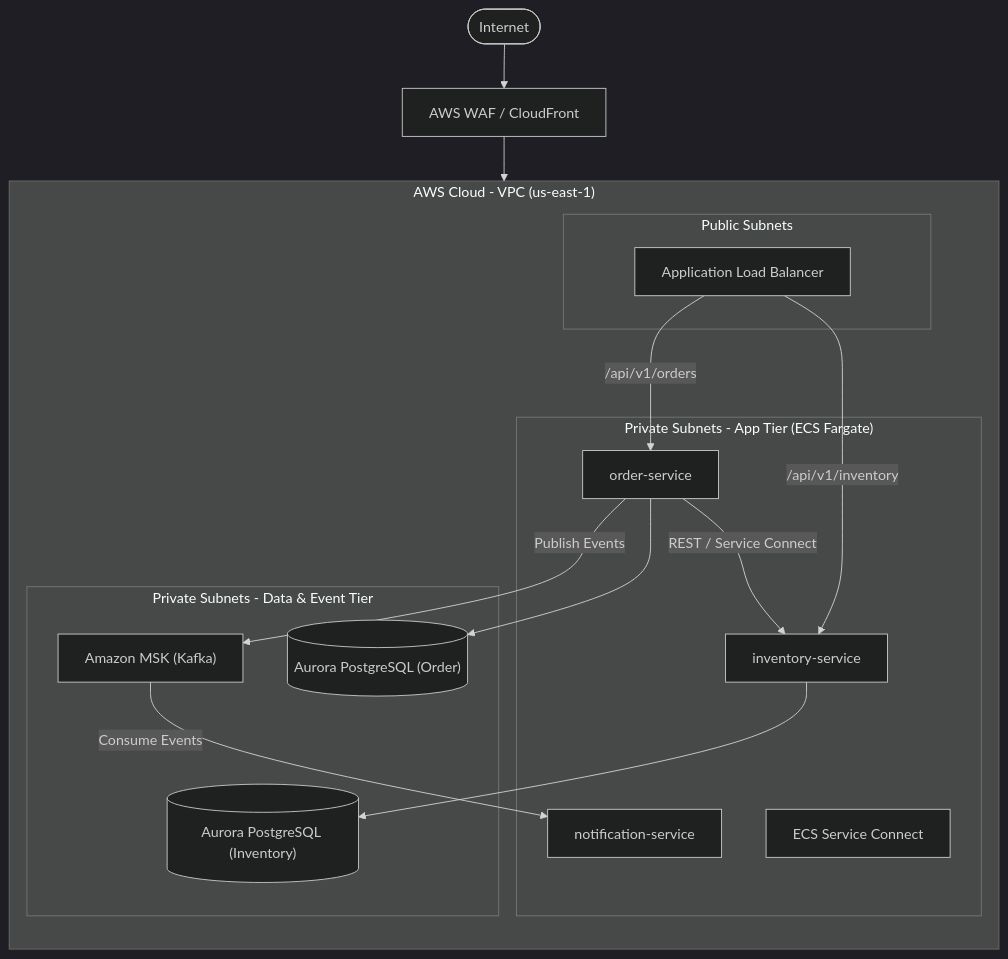
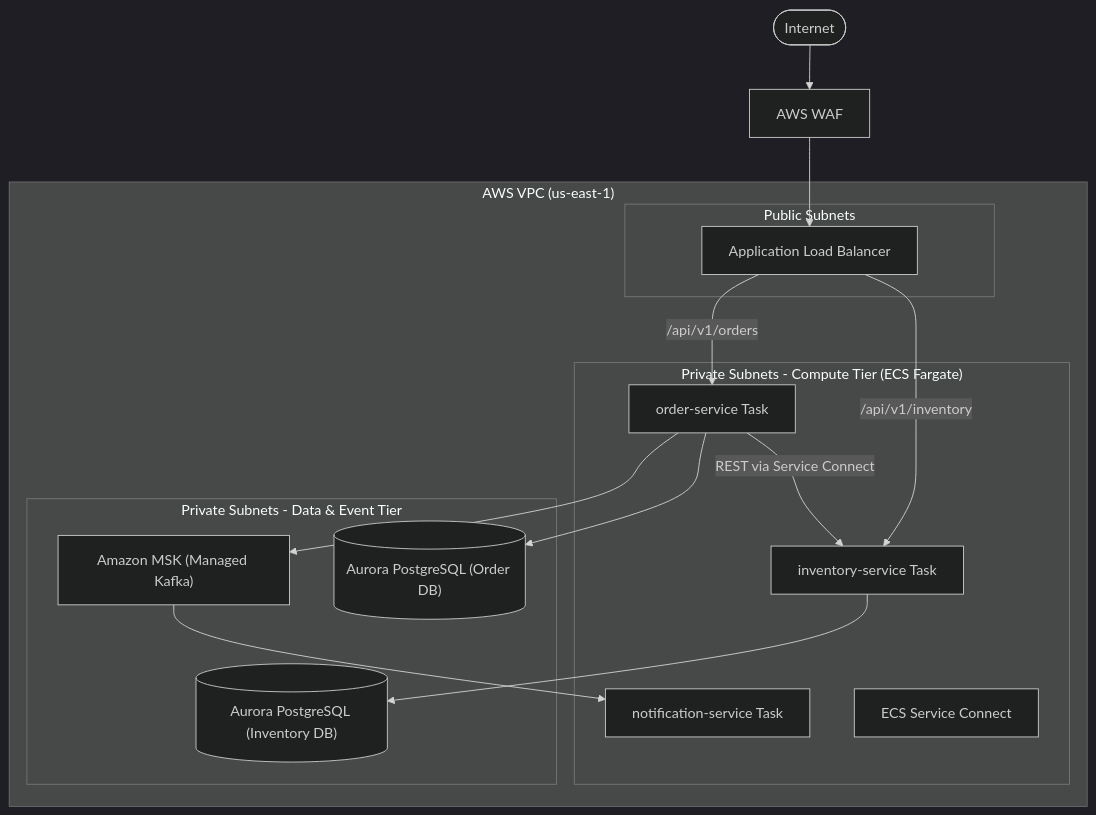
The third of 4 diagrams in docs/architecture.md (soniaGarcia/orderinvent-platform), drawn with Mermaid (dark theme) before and after one commit. The commit also changed other lines of this file, not shown here.

````diff
--- a/docs/architecture.md
+++ b/docs/architecture.md
@@ -81,41 +92,32 @@
 ```mermaid
 graph TD
-    Client([Internet]) --> WAF[AWS WAF / CloudFront]
+    Client([Internet]) --> WAF[AWS WAF]
     WAF --> ALB[Application Load Balancer]
 
-    subgraph VPC["AWS Cloud - VPC (us-east-1)"]
-        direction TD
-        
+    subgraph VPC["AWS VPC (us-east-1)"]
         subgraph PublicSubnets["Public Subnets"]
             ALB
         end
 
-        subgraph AppTier["Private Subnets - App Tier (ECS Fargate)"]
-            OrderSvc["order-service"]
-            InvSvc["inventory-service"]
-            NotifSvc["notification-service"]
+        subgraph AppTier["Private Subnets - Compute Tier (ECS Fargate)"]
+            OrderTask["order-service Task"]
+            InvTask["inventory-service Task"]
+            NotifTask["notification-service Task"]
             SvcConnect["ECS Service Connect"]
         end
 
         subgraph DataTier["Private Subnets - Data & Event Tier"]
-            MSK["Amazon MSK (Kafka)"]
-            DB_Order[("Aurora PostgreSQL (Order)")]
-            DB_Inv[("Aurora PostgreSQL (Inventory)")]
+            MSK["Amazon MSK (Managed Kafka)"]
+            DB_Order[("Aurora PostgreSQL (Order DB)")]
+            DB_Inv[("Aurora PostgreSQL (Inventory DB)")]
         end
     end
 
-    %% Enrutamiento de Entrada
-    ALB -->|/api/v1/orders| OrderSvc
-    ALB -->|/api/v1/inventory| InvSvc
-
-    %% Comunicación Este-Oeste
-    OrderSvc -->|REST / Service Connect| InvSvc
-    
-    %% Persistencia
-    OrderSvc --> DB_Order
-    InvSvc --> DB_Inv
-
-    %% Eventos
-    OrderSvc -->|Publish Events| MSK
-    MSK -->|Consume Events| NotifSvc
+    ALB -->|/api/v1/orders| OrderTask
+    ALB -->|/api/v1/inventory| InvTask
+    OrderTask -->|REST via Service Connect| InvTask
+    OrderTask --> DB_Order
+    InvTask --> DB_Inv
+    OrderTask --> MSK
+    MSK --> NotifTask
 ```
````
